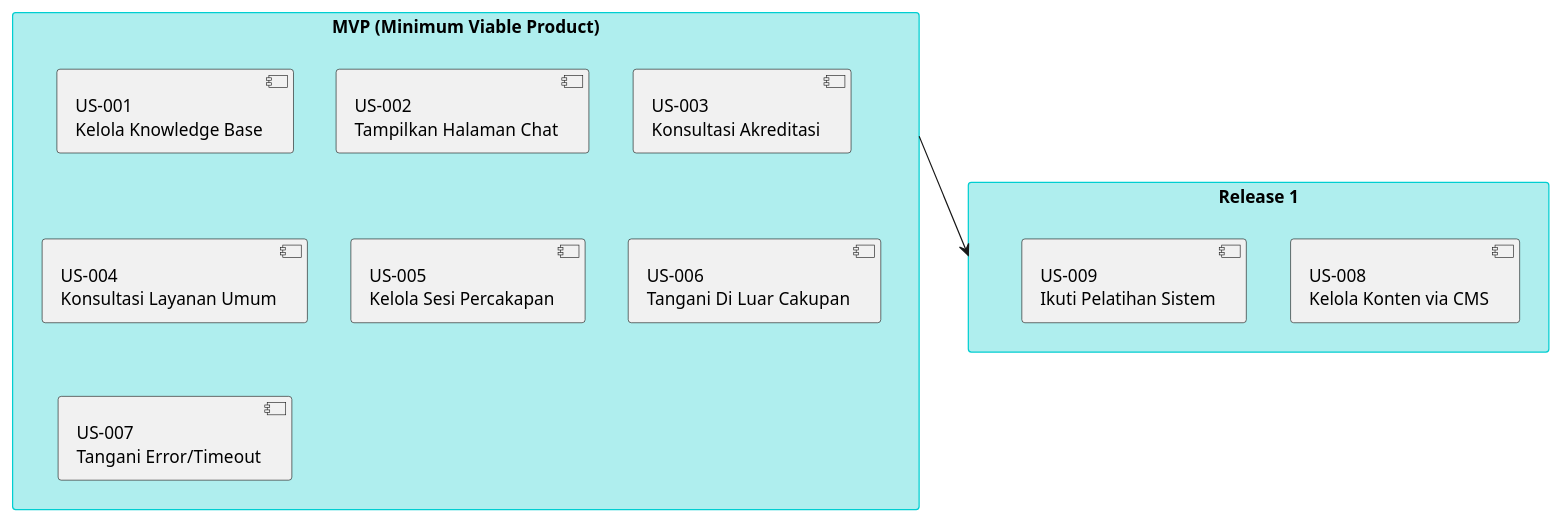
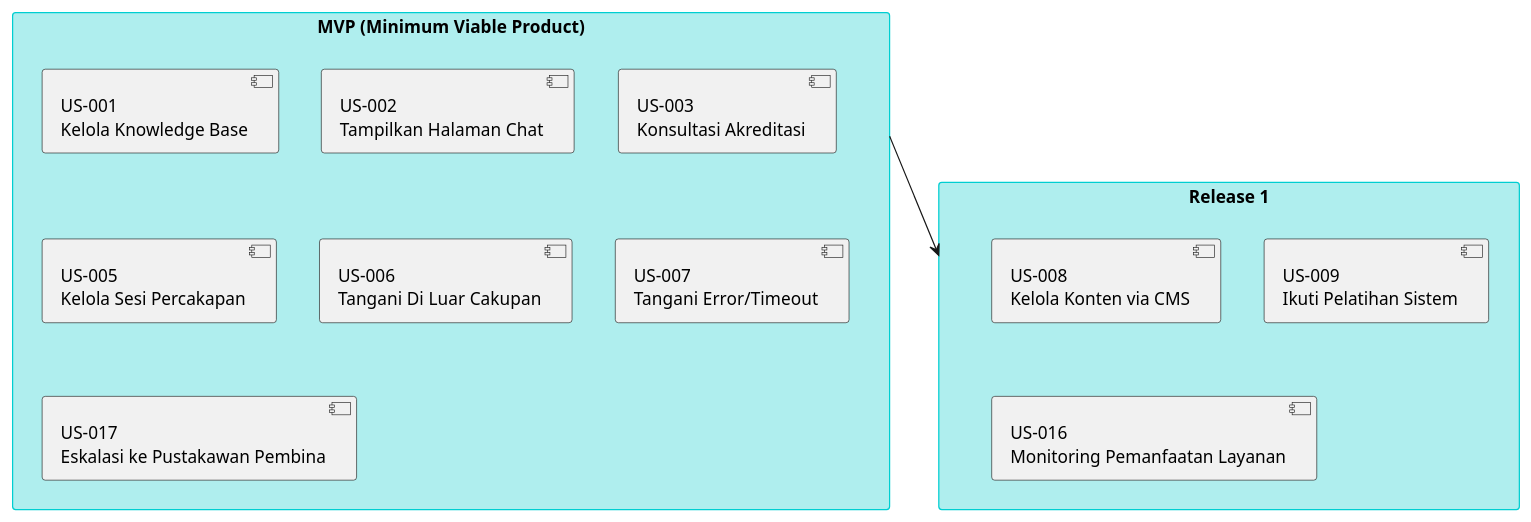
Before and after one commit to yudha-tlab/ai-os-knowledge: the third of 12 diagrams in knowledge/projects/dpad-chatbot/source-docs/system-analysis/09_UserStory_Mapping.md, drawn with PlantUML. The commit also changed other lines of this file and 11 other files, not shown here.

````diff
--- a/knowledge/projects/dpad-chatbot/source-docs/system-analysis/09_UserStory_Mapping.md
+++ b/knowledge/projects/dpad-chatbot/source-docs/system-analysis/09_UserStory_Mapping.md
@@ -394,26 +440,27 @@
 ```plantuml
 @startuml
 skinparam rectangle {
   BackgroundColor #PaleTurquoise
   BorderColor #DarkTurquoise
 }
 
 rectangle "MVP (Minimum Viable Product)" as MVP {
   [US-001\nKelola Knowledge Base]
   [US-002\nTampilkan Halaman Chat]
   [US-003\nKonsultasi Akreditasi]
-  [US-004\nKonsultasi Layanan Umum]
   [US-005\nKelola Sesi Percakapan]
   [US-006\nTangani Di Luar Cakupan]
   [US-007\nTangani Error/Timeout]
+  [US-017\nEskalasi ke Pustakawan Pembina]
 }
 
 rectangle "Release 1" as R1 {
   [US-008\nKelola Konten via CMS]
   [US-009\nIkuti Pelatihan Sistem]
+  [US-016\nMonitoring Pemanfaatan Layanan]
 }
 
 MVP --> R1
 
 @enduml
 ```
````
